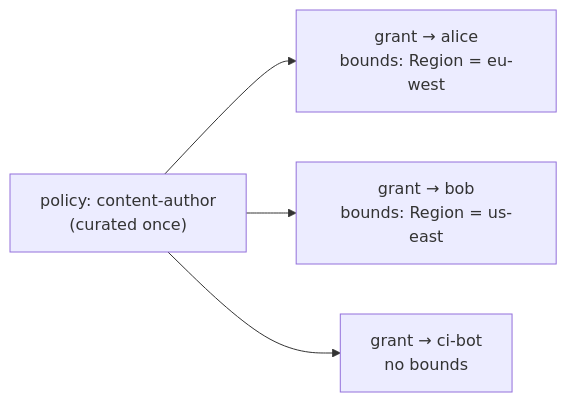
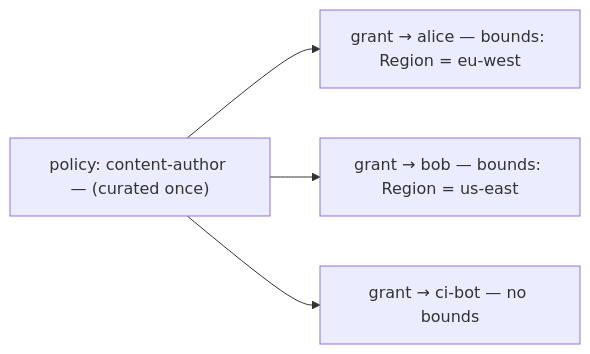
One commit to developerinlondon/agentauthz changed the diagram in docs/content/docs/grants-and-bounds.md. Above: the diagram before and after it, drawn with Mermaid. The commit also changed 6 other files, not shown here.

First line of the commit message:
docs: your own DATABASE, and mermaid that actually renders (#25)

````diff
--- a/docs/content/docs/grants-and-bounds.md
+++ b/docs/content/docs/grants-and-bounds.md
@@ -41,6 +41,6 @@
 ```mermaid
 flowchart LR
-    P["policy: content-author<br/>(curated once)"] --> GA["grant → alice<br/>bounds: Region = eu-west"]
-    P --> GB["grant → bob<br/>bounds: Region = us-east"]
-    P --> GC["grant → ci-bot<br/>no bounds"]
+    P["policy: content-author — (curated once)"] --> GA["grant → alice — bounds: Region = eu-west"]
+    P --> GB["grant → bob — bounds: Region = us-east"]
+    P --> GC["grant → ci-bot — no bounds"]
 ```
````
